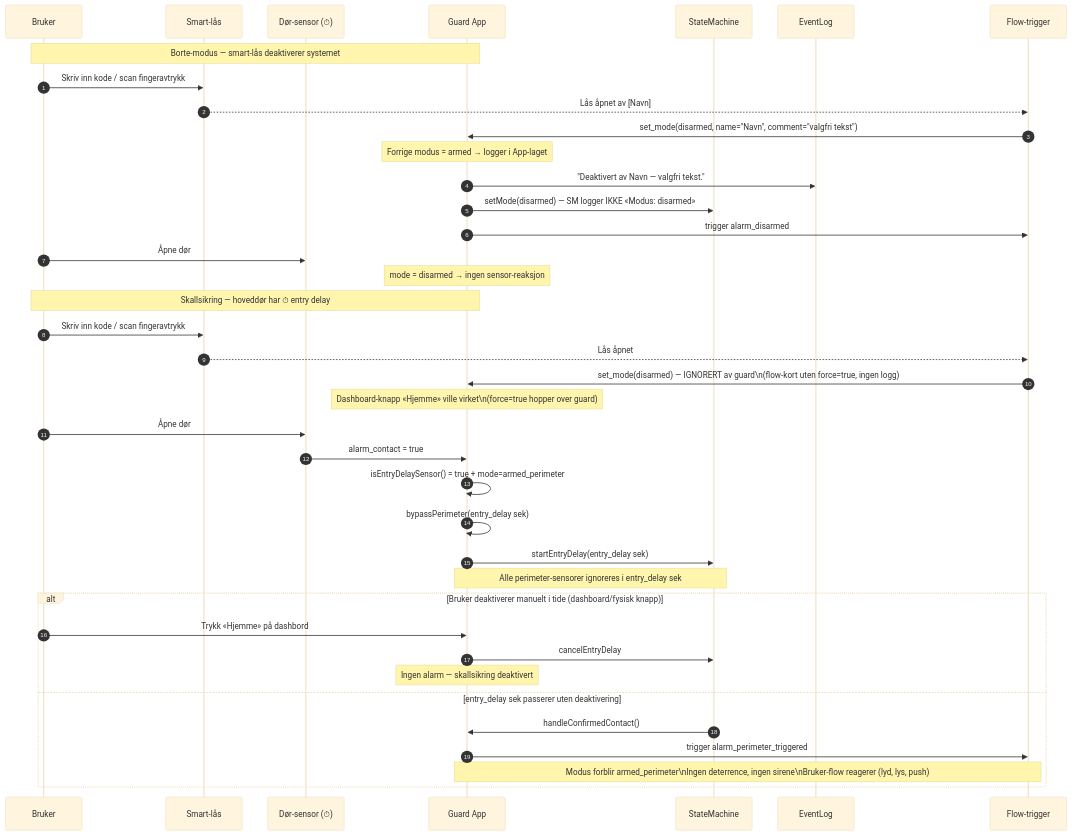
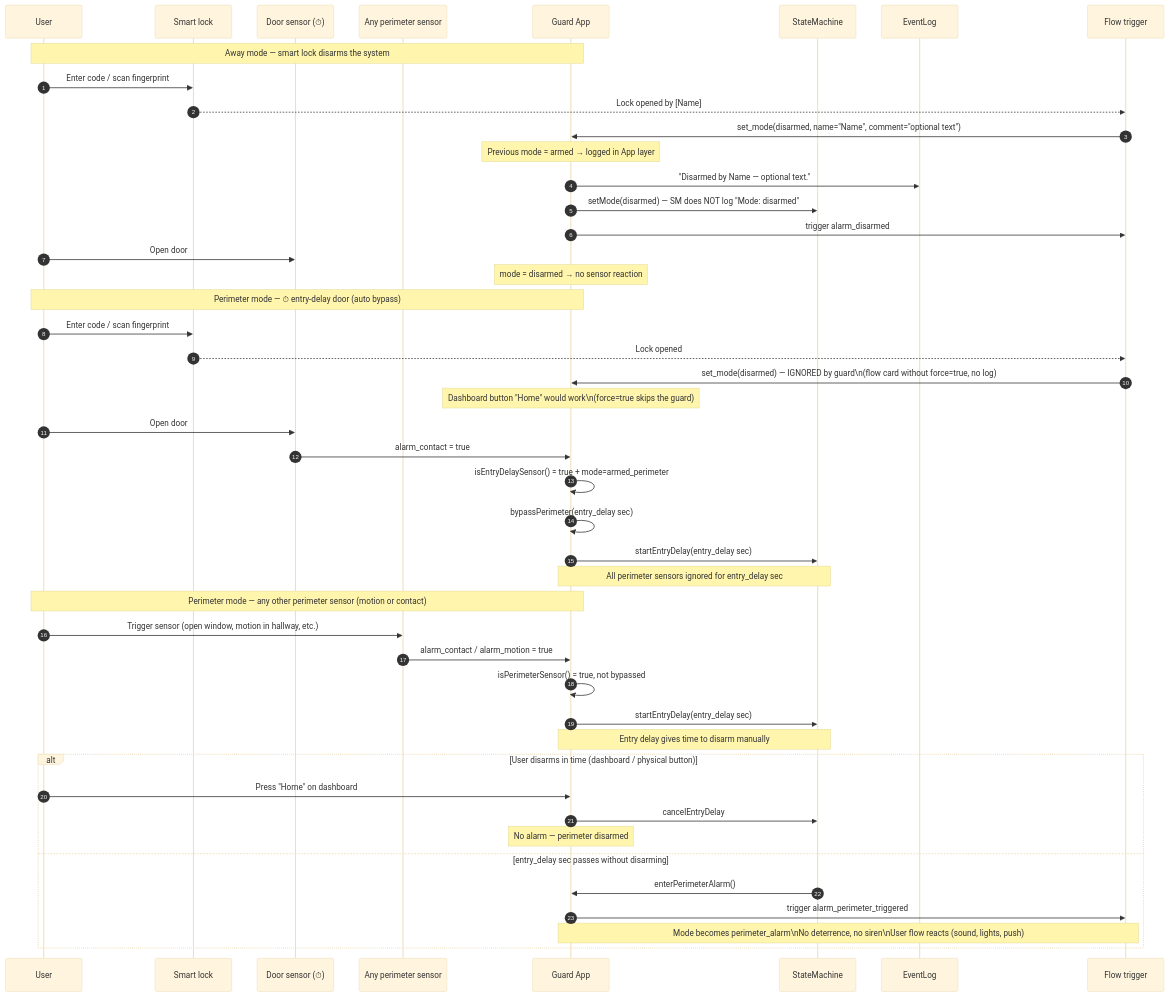
One commit to thomasekdahlN/mccallisterguard changed the fourth of 5 diagrams in README.md. Above: the diagram before and after it, drawn with Mermaid (base theme). The commit also changed other lines of this file, not shown here.

````diff
--- a/README.md
+++ b/README.md
@@ -171,43 +172,52 @@
 ```mermaid
 sequenceDiagram
   autonumber
-  participant U as Bruker
-  participant L as Smart-lås
-  participant D as Dør-sensor (⏱)
+  participant U as User
+  participant L as Smart lock
+  participant D as Door sensor (⏱)
+  participant P as Any perimeter sensor
   participant App as Guard App
   participant SM as StateMachine
   participant EL as EventLog
-  participant F as Flow-trigger
+  participant F as Flow trigger
 
-  Note over U,App: Borte-modus — smart-lås deaktiverer systemet
-  U->>L: Skriv inn kode / scan fingeravtrykk
-  L-->>F: Lås åpnet av [Navn]
-  F->>App: set_mode(disarmed, name="Navn", comment="valgfri tekst")
-  Note over App: Forrige modus = armed → logger i App-laget
-  App->>EL: "Deaktivert av Navn — valgfri tekst."
-  App->>SM: setMode(disarmed) — SM logger IKKE «Modus: disarmed»
+  Note over U,App: Away mode — smart lock disarms the system
+  U->>L: Enter code / scan fingerprint
+  L-->>F: Lock opened by [Name]
+  F->>App: set_mode(disarmed, name="Name", comment="optional text")
+  Note over App: Previous mode = armed → logged in App layer
+  App->>EL: "Disarmed by Name — optional text."
+  App->>SM: setMode(disarmed) — SM does NOT log "Mode: disarmed"
   App->>F: trigger alarm_disarmed
-  U->>D: Åpne dør
-  Note over App: mode = disarmed → ingen sensor-reaksjon
+  U->>D: Open door
+  Note over App: mode = disarmed → no sensor reaction
 
-  Note over U,App: Skallsikring — hoveddør har ⏱ entry delay
-  U->>L: Skriv inn kode / scan fingeravtrykk
-  L-->>F: Lås åpnet
-  F->>App: set_mode(disarmed) — IGNORERT av guard\n(flow-kort uten force=true, ingen logg)
-  Note over App: Dashboard-knapp «Hjemme» ville virket\n(force=true hopper over guard)
-  U->>D: Åpne dør
+  Note over U,App: Perimeter mode — ⏱ entry-delay door (auto bypass)
+  U->>L: Enter code / scan fingerprint
+  L-->>F: Lock opened
+  F->>App: set_mode(disarmed) — IGNORED by guard\n(flow card without force=true, no log)
+  Note over App: Dashboard button "Home" would work\n(force=true skips the guard)
+  U->>D: Open door
   D->>App: alarm_contact = true
   App->>App: isEntryDelaySensor() = true + mode=armed_perimeter
-  App->>App: bypassPerimeter(entry_delay sek)
-  App->>SM: startEntryDelay(entry_delay sek)
-  Note over App,SM: Alle perimeter-sensorer ignoreres i entry_delay sek
-  alt Bruker deaktiverer manuelt i tide (dashboard/fysisk knapp)
-    U->>App: Trykk «Hjemme» på dashbord
+  App->>App: bypassPerimeter(entry_delay sec)
+  App->>SM: startEntryDelay(entry_delay sec)
+  Note over App,SM: All perimeter sensors ignored for entry_delay sec
+
+  Note over U,App: Perimeter mode — any other perimeter sensor (motion or contact)
+  U->>P: Trigger sensor (open window, motion in hallway, etc.)
+  P->>App: alarm_contact / alarm_motion = true
+  App->>App: isPerimeterSensor() = true, not bypassed
+  App->>SM: startEntryDelay(entry_delay sec)
+  Note over App,SM: Entry delay gives time to disarm manually
+
+  alt User disarms in time (dashboard / physical button)
+    U->>App: Press "Home" on dashboard
     App->>SM: cancelEntryDelay
-    Note over App: Ingen alarm — skallsikring deaktivert
-  else entry_delay sek passerer uten deaktivering
-    SM->>App: handleConfirmedContact()
+    Note over App: No alarm — perimeter disarmed
+  else entry_delay sec passes without disarming
+    SM->>App: enterPerimeterAlarm()
     App->>F: trigger alarm_perimeter_triggered
-    Note over App,F: Modus forblir armed_perimeter\nIngen deterrence, ingen sirene\nBruker-flow reagerer (lyd, lys, push)
+    Note over App,F: Mode becomes perimeter_alarm\nNo deterrence, no siren\nUser flow reacts (sound, lights, push)
   end
 ```
````
